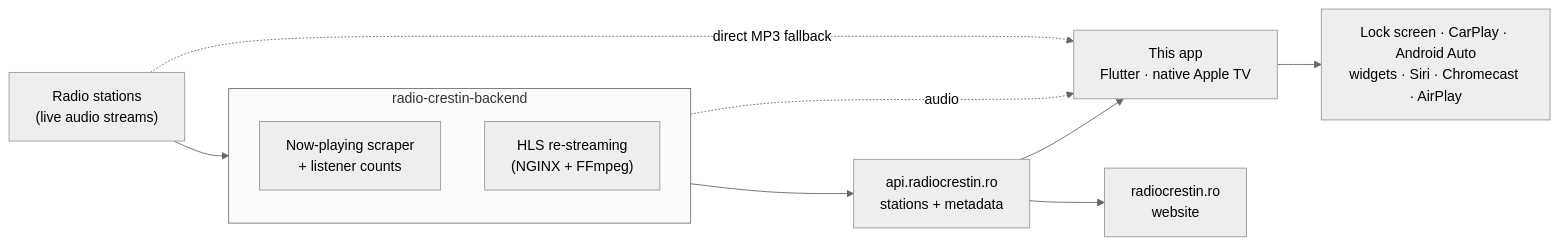
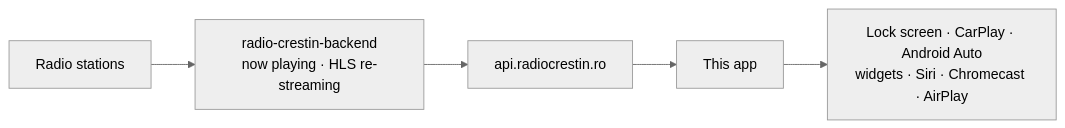
Before and after one commit to radio-crestin/radio-crestin-mobile-app: the diagram in README.md, drawn with Mermaid (neutral theme). The commit also changed other lines of this file and 16 other files, not shown here.

````diff
--- a/README.md
+++ b/README.md
@@ -125,15 +52,7 @@
 ```mermaid
 flowchart LR
-    S["Radio stations<br/>(live audio streams)"] --> B
-    subgraph B["radio-crestin-backend"]
-        direction TB
-        M["Now-playing scraper<br/>+ listener counts"]
-        H["HLS re-streaming<br/>(NGINX + FFmpeg)"]
-    end
-    B --> API["api.radiocrestin.ro<br/>stations + metadata"]
-    API --> APP["This app<br/>Flutter · native Apple TV"]
-    API --> WEB["radiocrestin.ro<br/>website"]
-    H -. audio .-> APP
-    S -. direct MP3 fallback .-> APP
+    S["Radio stations"] --> B["radio-crestin-backend<br/>now playing · HLS re-streaming"]
+    B --> API["api.radiocrestin.ro"]
+    API --> APP["This app"]
     APP --> OUT["Lock screen · CarPlay · Android Auto<br/>widgets · Siri · Chromecast · AirPlay"]
 ```
````
